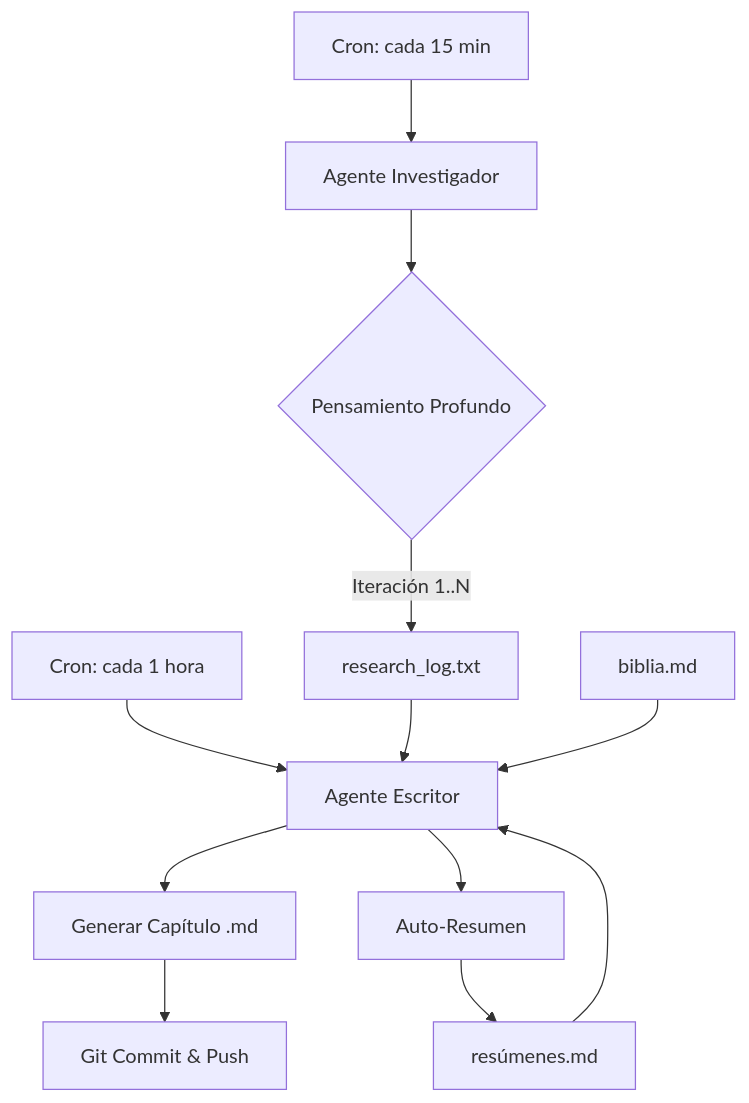
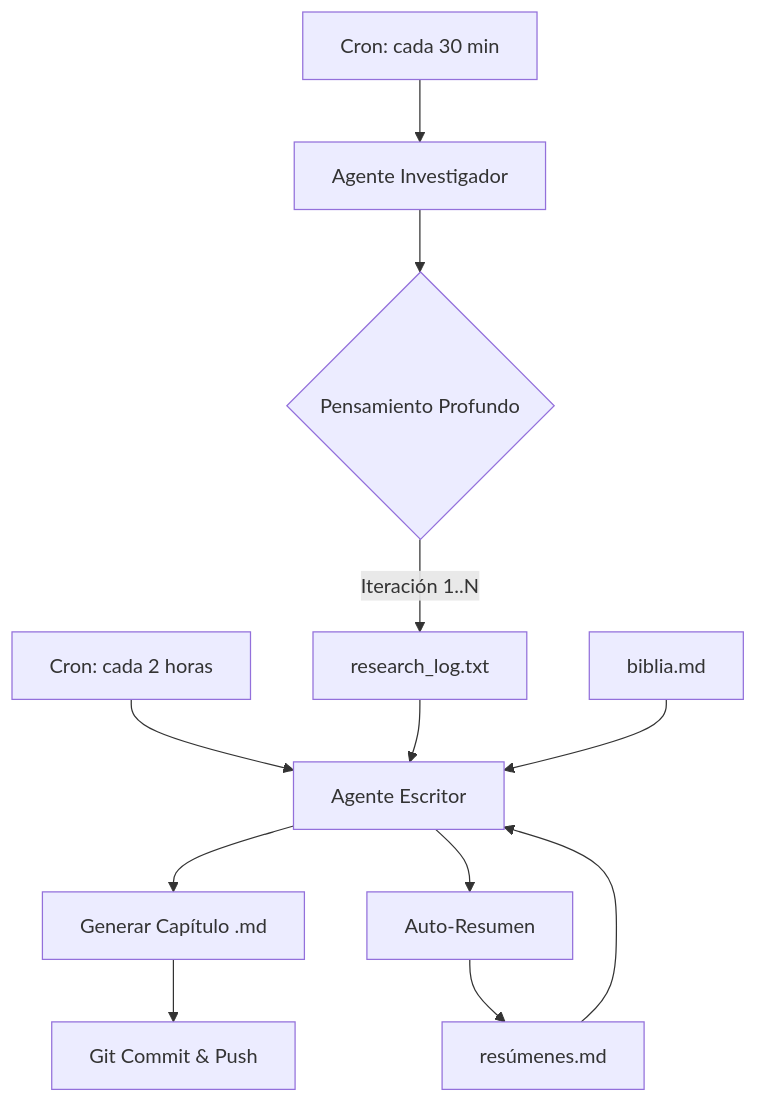
The diagram in Documentación-Técnica-Proyecto-AI-Novel-Studio.md (sebastianmalbaceda/ai-novel-studio), drawn with Mermaid before and after one commit. The commit also changed other lines of this file and 12 other files, not shown here.

````diff
--- a/Documentación-Técnica-Proyecto-AI-Novel-Studio.md
+++ b/Documentación-Técnica-Proyecto-AI-Novel-Studio.md
@@ -12,14 +12,14 @@
 ```mermaid
 graph TD
-    A[Cron: cada 15 min] --> B[Agente Investigador]
+    A[Cron: cada 30 min] --> B[Agente Investigador]
     B --> C{Pensamiento Profundo}
     C -->|Iteración 1..N| D[research_log.txt]
-    E[Cron: cada 1 hora] --> F[Agente Escritor]
+    E[Cron: cada 2 horas] --> F[Agente Escritor]
     D --> F
     G[biblia.md] --> F
     H[resúmenes.md] --> F
     F --> I[Generar Capítulo .md]
     F --> J[Auto-Resumen]
     J --> H
     I --> K[Git Commit & Push]
 ```
````
